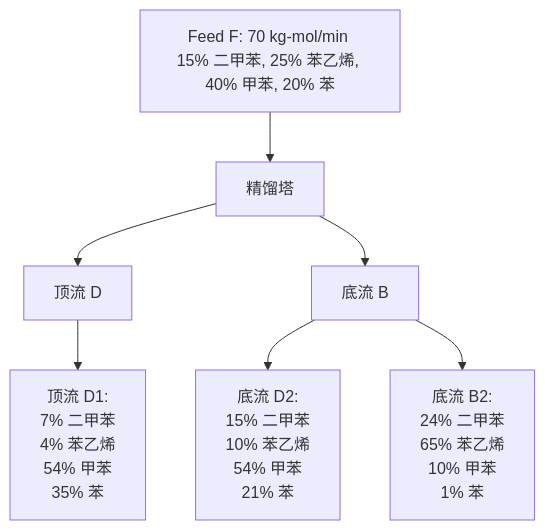
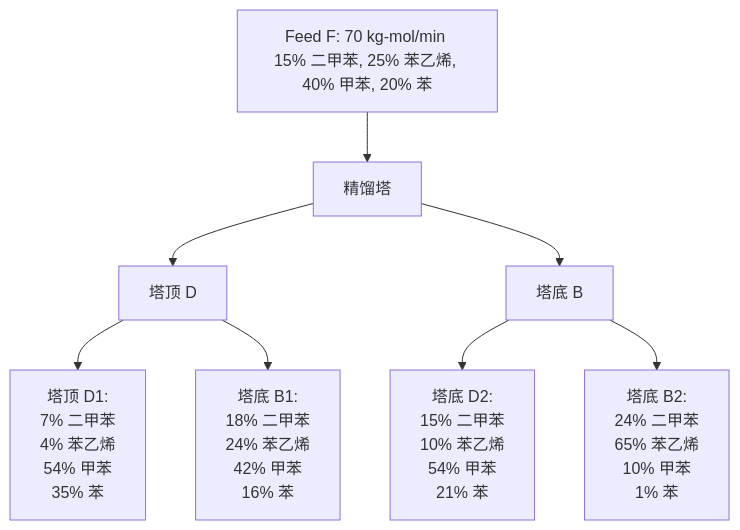
The diagram in 10.29作业（第二次作业）/第二次作业.md (aFei-CQUT/Mworks.syslab), drawn with Mermaid before and after one commit. The commit also changed other lines of this file and 2 other files, not shown here.

Commit message:
程序框图画错了，debug...

````diff
--- a/10.29作业（第二次作业）/第二次作业.md
+++ b/10.29作业（第二次作业）/第二次作业.md
@@ -82,12 +82,18 @@
 ```mermaid
 flowchart TD
 feed[Feed F: 70 kg-mol/min <br>15% 二甲苯, 25% 苯乙烯, 40% 甲苯, 20% 苯] --> tower[精馏塔]
-    tower --> D[顶流 D]
-    D --> D1[顶流 D1:
+    tower --> D[塔顶 D]
+    
+    D --> D1[塔顶 D1:
     7% 二甲苯<br>4% 苯乙烯<br>54% 甲苯<br>35% 苯]
-    tower --> B[底流 B]
-    B --> D2[底流 D2:
+    
+    D --> B1[塔底 B1:
+    18% 二甲苯<br>24% 苯乙烯<br>42% 甲苯<br>16% 苯]
+    
+    tower --> B[塔底 B]
+    B --> D2[塔底 D2:
     15% 二甲苯<br>10% 苯乙烯<br>54% 甲苯<br>21% 苯]
-    B --> B2[底流 B2:
+    
+    B --> B2[塔底 B2:
     24% 二甲苯<br>65% 苯乙烯<br>10% 甲苯<br>1% 苯]
 ```
````
